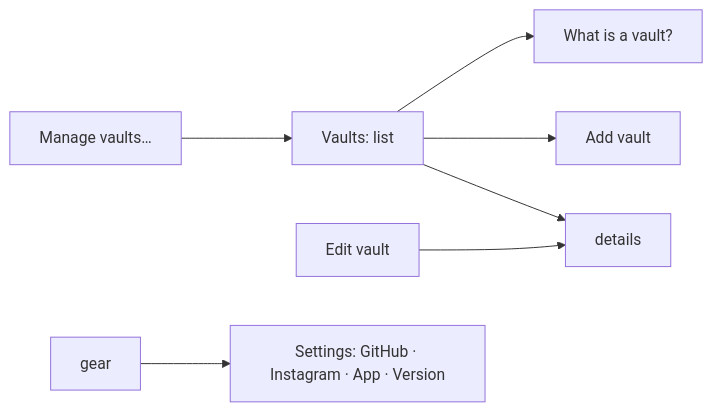
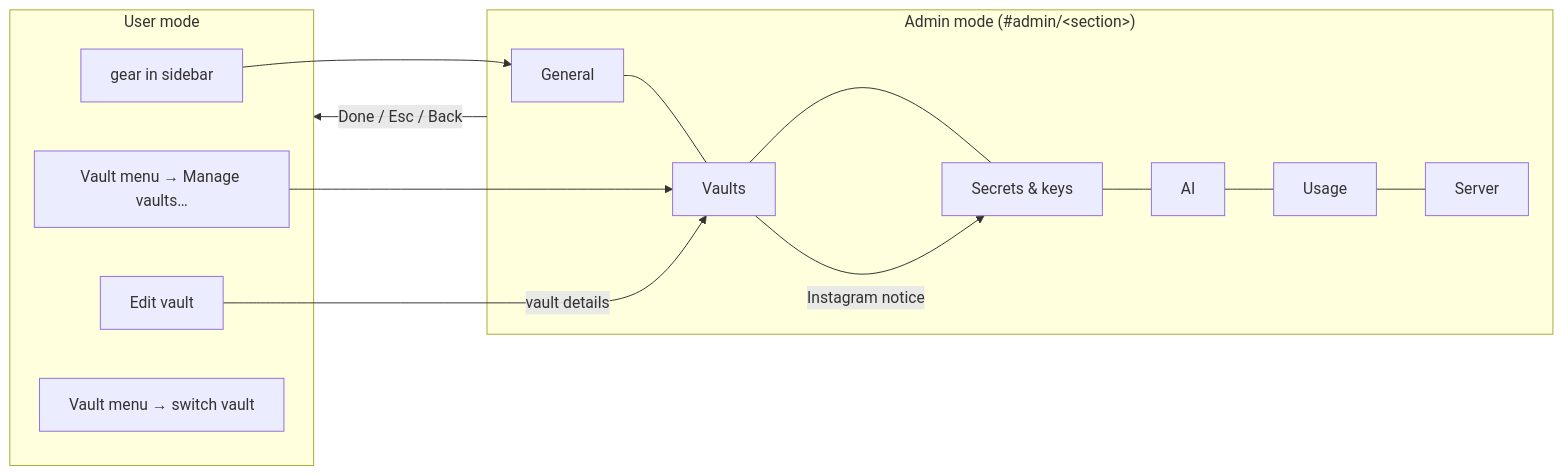
One commit to tillg/karpathy.app changed the first of 9 diagrams in specs/system/functional.md. Above: the diagram before and after it, drawn with Mermaid. The commit also changed other lines of this file and 5 other files, not shown here.

First line of the commit message:
Admin mode: settings, vaults, secrets, AI, usage and server state as a mode of their own

````diff
--- a/specs/system/functional.md
+++ b/specs/system/functional.md
@@ -57,7 +60,17 @@
 ```mermaid
 flowchart LR
-    M[Manage vaults…] --> L[Vaults: list]
-    L --> D[details] & A[Add vault] & H[What is a vault?]
-    E[Edit vault] --> D
-    G[gear] --> S[Settings: GitHub · Instagram · App · Version]
+  subgraph U[User mode]
+    G[gear in sidebar]
+    MV[Vault menu → Manage vaults…]
+    EV[Edit vault]
+    SW[Vault menu → switch vault]
+  end
+  subgraph A["Admin mode (#admin/&lt;section&gt;)"]
+    gen[General] --- vau[Vaults] --- sec[Secrets & keys] --- ai[AI] --- use[Usage] --- srv[Server]
+  end
+  G --> gen
+  MV --> vau
+  EV -->|vault details| vau
+  vau -->|Instagram notice| sec
+  A -->|Done / Esc / Back| U
 ```
````
